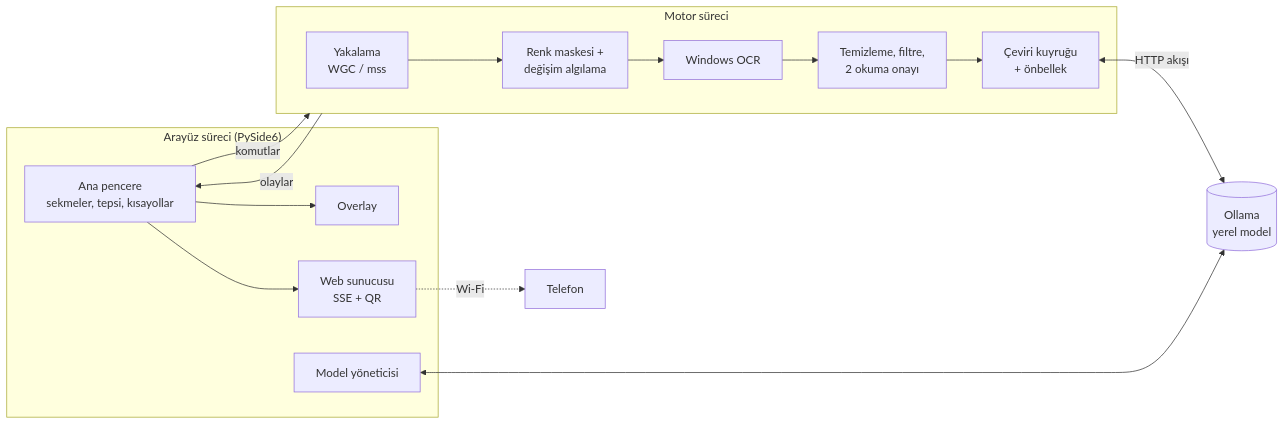
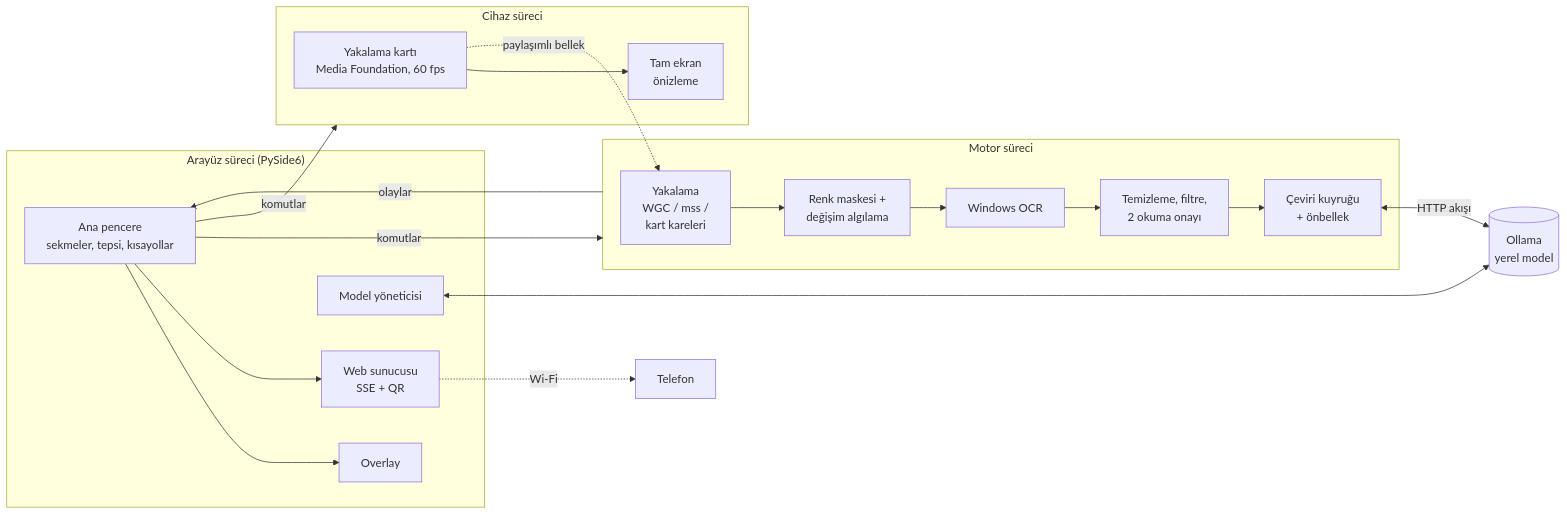
The diagram in README.tr.md (MertCodur-0/LiveSubs), drawn with Mermaid before and after one commit. The commit also changed other lines of this file and 3 other files, not shown here.

````diff
--- a/README.tr.md
+++ b/README.tr.md
@@ -50,22 +55,27 @@
 ```mermaid
 flowchart LR
     subgraph UI["Arayüz süreci (PySide6)"]
         MW[Ana pencere<br/>sekmeler, tepsi, kısayollar]
         OV[Overlay]
         WEB[Web sunucusu<br/>SSE + QR]
         MM[Model yöneticisi]
     end
+    subgraph DEV["Cihaz süreci"]
+        CARD[Yakalama kartı<br/>Media Foundation, 60 fps] --> PRE[Tam ekran<br/>önizleme]
+    end
     subgraph ENG["Motor süreci"]
-        CAP[Yakalama<br/>WGC / mss] --> VIS[Renk maskesi +<br/>değişim algılama]
+        CAP[Yakalama<br/>WGC / mss /<br/>kart kareleri] --> VIS[Renk maskesi +<br/>değişim algılama]
         VIS --> OCR[Windows OCR]
         OCR --> TXT[Temizleme, filtre,<br/>2 okuma onayı]
         TXT --> TR[Çeviri kuyruğu<br/>+ önbellek]
     end
     TR <-->|HTTP akışı| OL[(Ollama<br/>yerel model)]
     MM <--> OL
     MW -- komutlar --> ENG
     ENG -- olaylar --> MW
+    MW -- komutlar --> DEV
+    CARD -.->|paylaşımlı bellek| CAP
     MW --> OV
     MW --> WEB
     WEB -.->|Wi-Fi| PHONE[Telefon]
 ```
````
